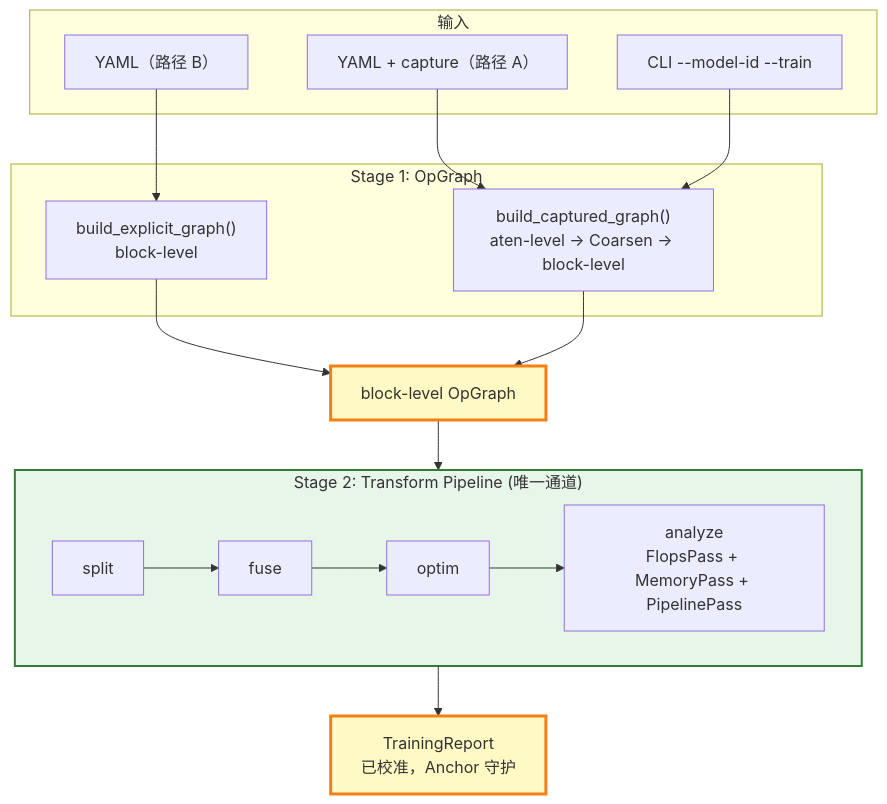
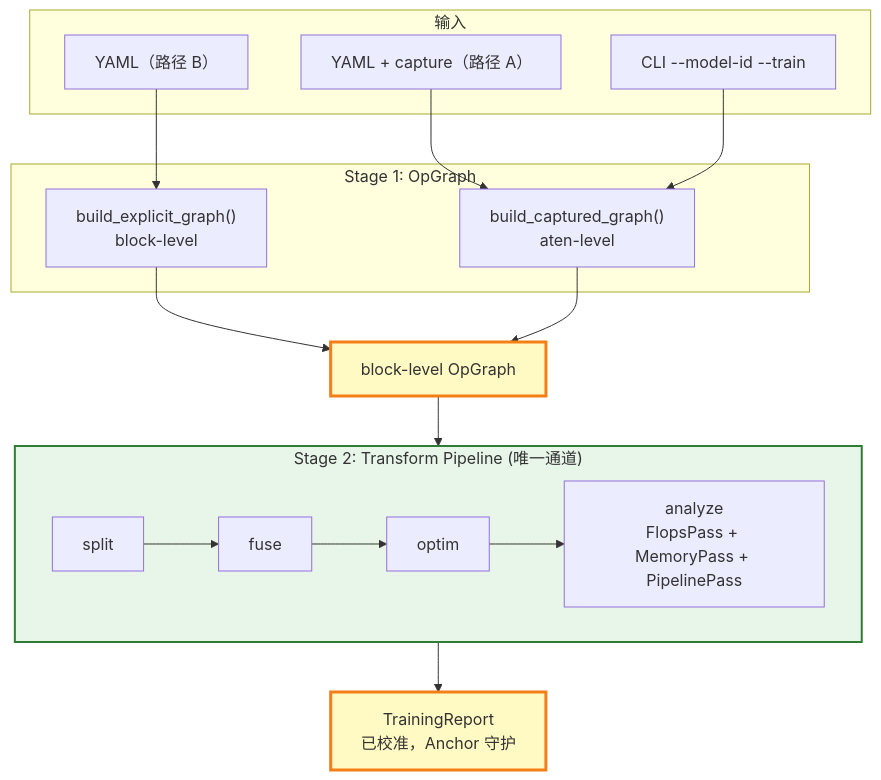
Before and after one commit to wl55721/modeling: the third of 3 diagrams in docs/refactor.md, drawn with Mermaid. The commit also changed other lines of this file and 21 other files, not shown here.

````diff
--- a/docs/refactor.md
+++ b/docs/refactor.md
@@ -1832,37 +1815,37 @@
 ```mermaid
 flowchart TB
     subgraph INPUT["输入"]
         YAML_B["YAML（路径 B）"]
         YAML_A["YAML + capture（路径 A）"]
         CLI["CLI --model-id --train"]
     end
 
     subgraph BUILD["Stage 1: OpGraph"]
         BEG["build_explicit_graph()<br/>block-level"]
-        BCG["build_captured_graph()<br/>aten-level → Coarsen → block-level"]
+        BCG["build_captured_graph()<br/>aten-level"]
     end
 
     YAML_B --> BEG
     YAML_A --> BCG
     CLI --> BCG
 
     BEG --> OG["block-level OpGraph"]
     BCG --> OG
 
     subgraph PIPE["Stage 2: Transform Pipeline (唯一通道)"]
         SPLIT["split"]
         FUSE["fuse"]
         OPTIM["optim"]
         ANALYZE["analyze<br/>FlopsPass + MemoryPass + PipelinePass"]
         SPLIT --> FUSE
         FUSE --> OPTIM
         OPTIM --> ANALYZE
     end
 
     OG --> PIPE
     PIPE --> RPT["TrainingReport<br/>已校准，Anchor 守护"]
 
     style OG fill:#fff9c4,stroke:#f57f17,stroke-width:3px
     style RPT fill:#fff9c4,stroke:#f57f17,stroke-width:3px
     style PIPE fill:#e8f5e9,stroke:#2e7d32,stroke-width:2px
 ```
````
